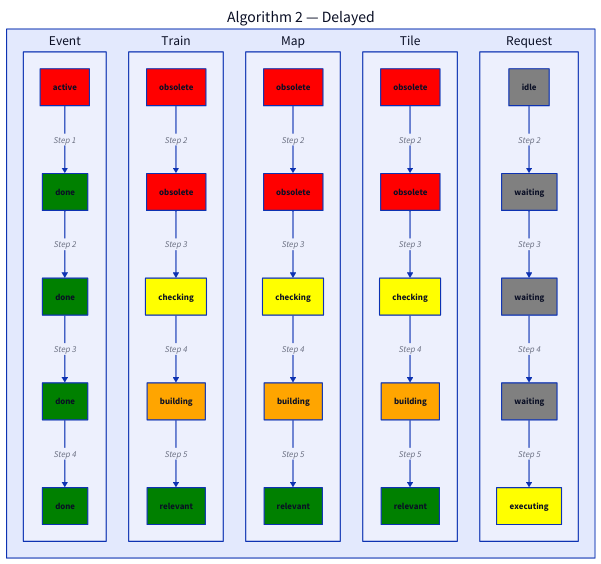
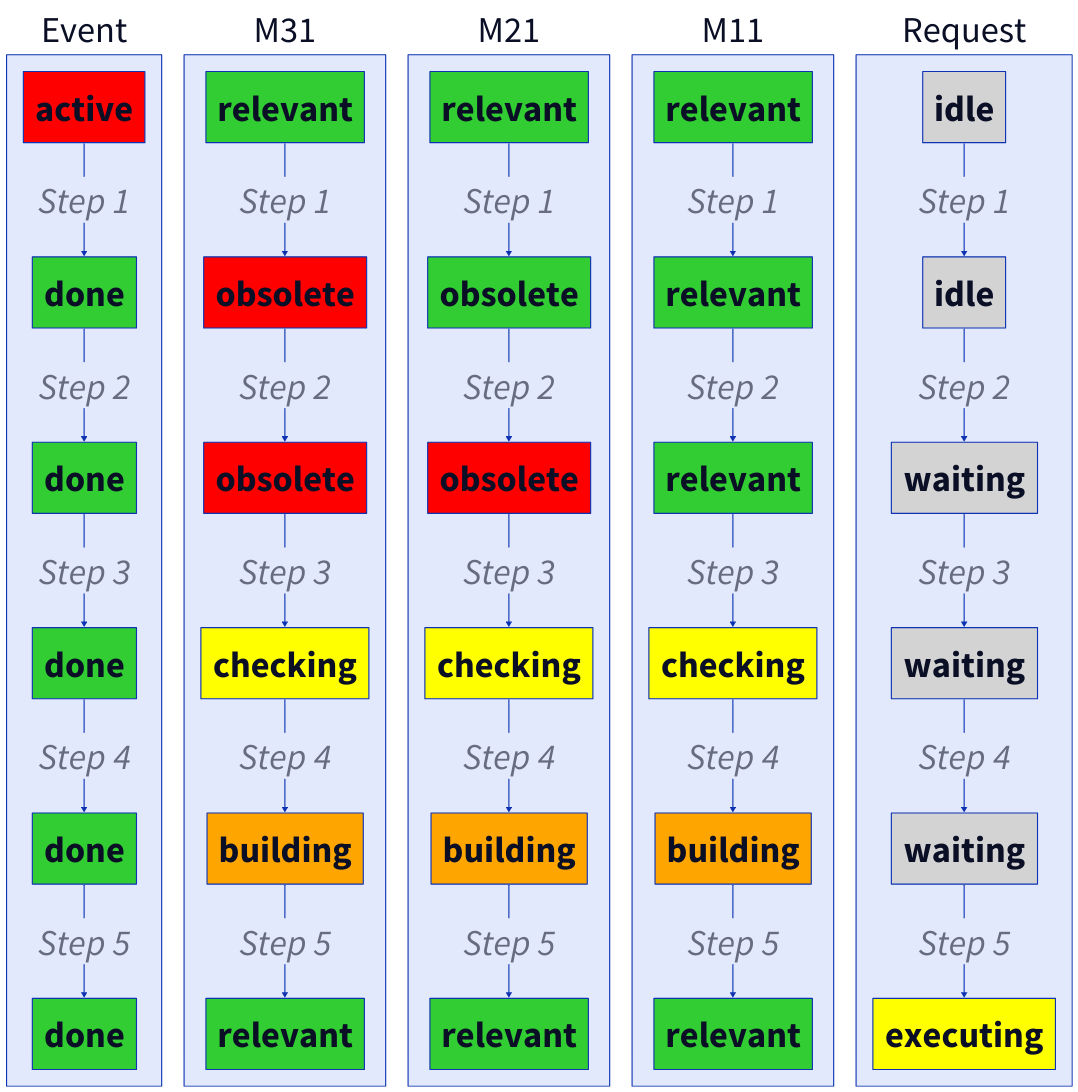
The diagram in d2/algo2.d2 (Gizzatovamir/Digital_twin_modeling), drawn with D2 before and after one commit. The commit also changed 4 other files, not shown here.

```diff
--- a/d2/algo2.d2
+++ b/d2/algo2.d2
@@ -1,68 +1,77 @@
-A2: {
-  label: "Algorithm 2 — Delayed"
-
   Event: {
     s1: "active" { style.fill: red }
-    s2: "done" { style.fill: green }
-    s3: "done" { style.fill: green }
-    s4: "done" { style.fill: green }
-    s5: "done" { style.fill: green }
+    s2: "done" { style.fill: limegreen }
+    s3: "done" { style.fill: limegreen }
+    s4: "done" { style.fill: limegreen }
+    s5: "done" { style.fill: limegreen }
+    s6: "done" { style.fill: limegreen }
 
-    s1 -> s2: "Step 1"
-    s2 -> s3: "Step 2"
-    s3 -> s4: "Step 3"
-    s4 -> s5: "Step 4"
+    s1 -> s2: "Step 1" {style.font-size: 65} 
+    s2 -> s3: "Step 2" {style.font-size: 65} 
+    s3 -> s4: "Step 3" {style.font-size: 65} 
+    s4 -> s5: "Step 4" {style.font-size: 65} 
+    s5 -> s6: "Step 5" {style.font-size: 65} 
   }
 
-  Train: {
+  M31: {
+    s0: "relevant" { style.fill: limegreen }
     s1: "obsolete" { style.fill: red }
     s2: "obsolete" { style.fill: red }
     s3: "checking" { style.fill: yellow }
     s4: "building" { style.fill: orange }
-    s5: "relevant" { style.fill: green }
+    s5: "relevant" { style.fill: limegreen }
 
-    s1 -> s2: "Step 2"
-    s2 -> s3: "Step 3"
-    s3 -> s4: "Step 4"
-    s4 -> s5: "Step 5"
+    s0 -> s1: "Step 1" {style.font-size: 65} 
+    s1 -> s2: "Step 2" {style.font-size: 65} 
+    s2 -> s3: "Step 3" {style.font-size: 65} 
+    s3 -> s4: "Step 4" {style.font-size: 65} 
+    s4 -> s5: "Step 5" {style.font-size: 65} 
   }
 
-  Map: {
-    s1: "obsolete" { style.fill: red }
+  M21: {
+    s0: "relevant" { style.fill: limegreen }
+    s1: "obsolete" { style.fill: limegreen }
     s2: "obsolete" { style.fill: red }
     s3: "checking" { style.fill: yellow }
     s4: "building" { style.fill: orange }
-    s5: "relevant" { style.fill: green }
+    s5: "relevant" { style.fill: limegreen }
 
-    s1 -> s2: "Step 2"
-    s2 -> s3: "Step 3"
-    s3 -> s4: "Step 4"
-    s4 -> s5: "Step 5"
+    s0 -> s1: "Step 1" {style.font-size: 65} 
+    s1 -> s2: "Step 2" {style.font-size: 65} 
+    s2 -> s3: "Step 3" {style.font-size: 65} 
+    s3 -> s4: "Step 4" {style.font-size: 65} 
+    s4 -> s5: "Step 5" {style.font-size: 65} 
   }
 
-  Tile: {
-    s1: "obsolete" { style.fill: red }
-    s2: "obsolete" { style.fill: red }
+  M11: {
+    s0: "relevant" { style.fill: limegreen }
+    s1: "relevant" { style.fill: limegreen }
+    s2: "relevant" { style.fill: limegreen }
     s3: "checking" { style.fill: yellow }
     s4: "building" { style.fill: orange }
-    s5: "relevant" { style.fill: green }
+    s5: "relevant" { style.fill: limegreen }
 
-    s1 -> s2: "Step 2"
-    s2 -> s3: "Step 3"
-    s3 -> s4: "Step 4"
-    s4 -> s5: "Step 5"
+    s0 -> s1: "Step 1" {style.font-size: 65} 
+    s1 -> s2: "Step 2" {style.font-size: 65} 
+    s2 -> s3: "Step 3" {style.font-size: 65} 
+    s3 -> s4: "Step 4" {style.font-size: 65} 
+    s4 -> s5: "Step 5" {style.font-size: 65} 
   }
 
   Request: {
-    s1: "idle" { style.fill: gray }
-    s2: "waiting" { style.fill: gray }
-    s3: "waiting" { style.fill: gray }
-    s4: "waiting" { style.fill: gray }
+    s0: "idle" { style.fill: lightgray }
+    s1: "idle" { style.fill: lightgray }
+    s2: "waiting" { style.fill: lightgray }
+    s3: "waiting" { style.fill: lightgray }
+    s4: "waiting" { style.fill: lightgray }
     s5: "executing" { style.fill: yellow }
 
-    s1 -> s2: "Step 2"
-    s2 -> s3: "Step 3"
-    s3 -> s4: "Step 4"
-    s4 -> s5: "Step 5"
+    s0 -> s1: "Step 1" {style.font-size: 65} 
+    s1 -> s2: "Step 2" {style.font-size: 65} 
+    s2 -> s3: "Step 3" {style.font-size: 65} 
+    s3 -> s4: "Step 4" {style.font-size: 65} 
+    s4 -> s5: "Step 5" {style.font-size: 65} 
   }
+  **: {
+  style.font-size: 65
 }
```
